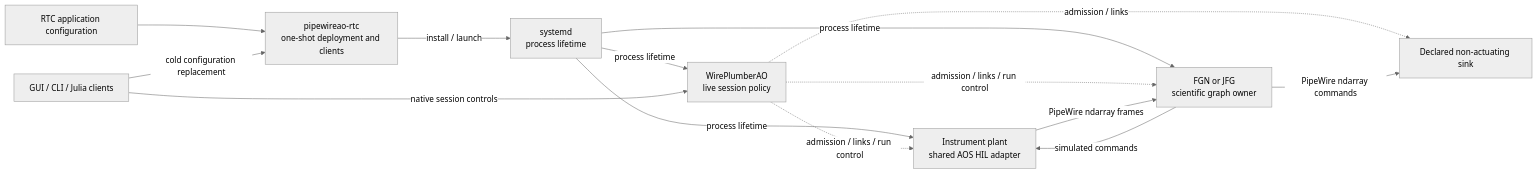
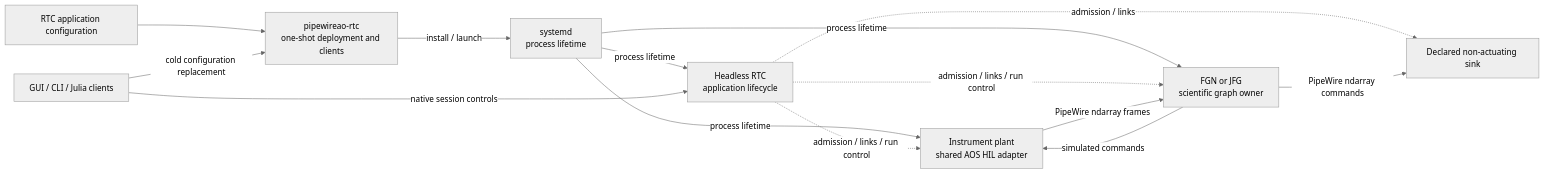
The first of 2 diagrams in docs/architecture.md (DarrylGamroth/pipewireao-rtc), drawn with Mermaid (neutral theme) before and after one commit. The commit also changed other lines of this file and 123 other files, not shown here.

First line of the commit message:
Move application lifecycle and connections into the headless RTC

````diff
--- a/docs/architecture.md
+++ b/docs/architecture.md
@@ -275,25 +265,25 @@
 ```mermaid
 flowchart LR
     Config["RTC application configuration"]
     Tools["pipewireao-rtc<br/>one-shot deployment and clients"]
     Systemd["systemd<br/>process lifetime"]
-    Session["WirePlumberAO<br/>live session policy"]
+    Session["Headless RTC<br/>application lifecycle"]
     Source["Instrument plant<br/>shared AOS HIL adapter"]
     Graph["FGN or JFG<br/>scientific graph owner"]
     Sink["Declared non-actuating sink"]
     GUI["GUI / CLI / Julia clients"]
 
     Config --> Tools
     Tools -->|install / launch| Systemd
     Systemd -->|process lifetime| Session
     Systemd -->|process lifetime| Source
     Systemd -->|process lifetime| Graph
     Session -.->|admission / links / run control| Source
     Session -.->|admission / links / run control| Graph
     Session -.->|admission / links| Sink
     Source -->|PipeWire ndarray frames| Graph
     Graph -->|PipeWire ndarray commands| Sink
     Graph -->|simulated commands| Source
     GUI -->|native session controls| Session
     GUI -->|cold configuration replacement| Tools
 ```
````
